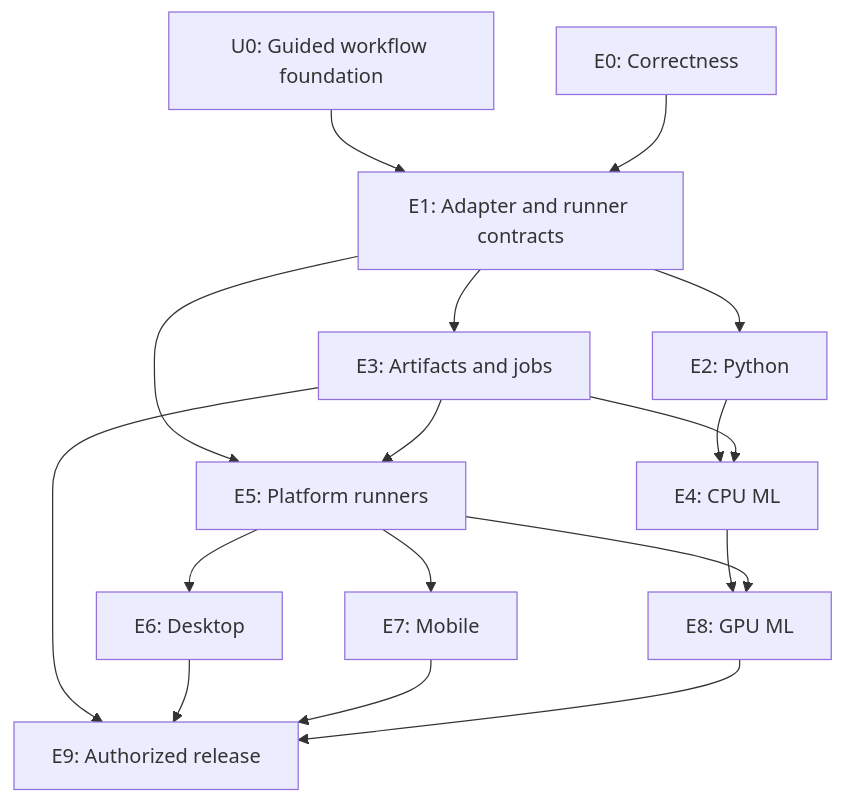
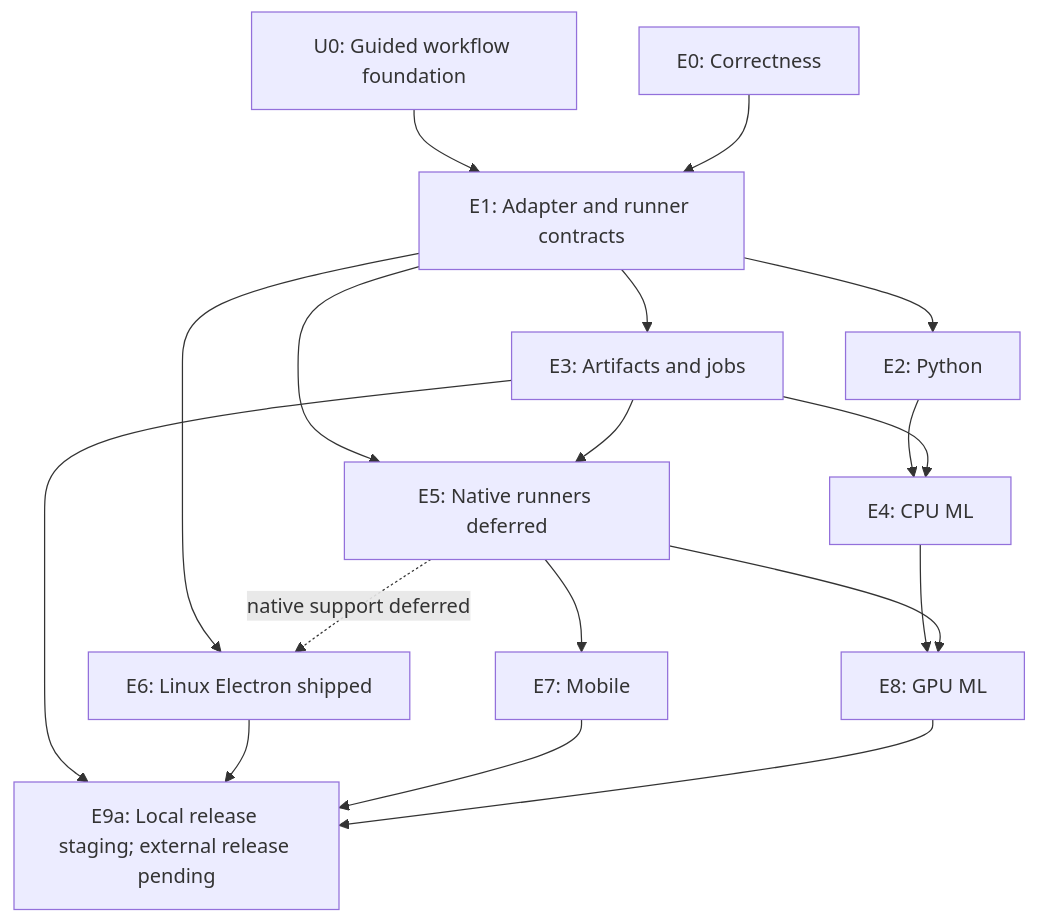
Before and after one commit to BleOdel/agent-harness: the diagram in NEXT.md, drawn with Mermaid. The commit also changed other lines of this file and 62 other files, not shown here.

Commit message:
Implement E6 Linux desktop support and E9 release preparation

````diff
--- a/NEXT.md
+++ b/NEXT.md
@@ -147,19 +147,20 @@
 ```mermaid
 flowchart TD
   U0["U0: Guided workflow foundation"] --> E1["E1: Adapter and runner contracts"]
   E0["E0: Correctness"] --> E1
   E1 --> E2["E2: Python"]
   E1 --> E3["E3: Artifacts and jobs"]
   E2 --> E4["E4: CPU ML"]
   E3 --> E4
-  E1 --> E5["E5: Platform runners"]
+  E1 --> E5["E5: Native runners deferred"]
   E3 --> E5
-  E5 --> E6["E6: Desktop"]
+  E1 --> E6["E6: Linux Electron shipped"]
+  E5 -.->|native support deferred| E6
   E5 --> E7["E7: Mobile"]
   E4 --> E8["E8: GPU ML"]
   E5 --> E8
-  E3 --> E9["E9: Authorized release"]
+  E3 --> E9["E9a: Local release staging; external release pending"]
   E6 --> E9
   E7 --> E9
   E8 --> E9
 ```
````
